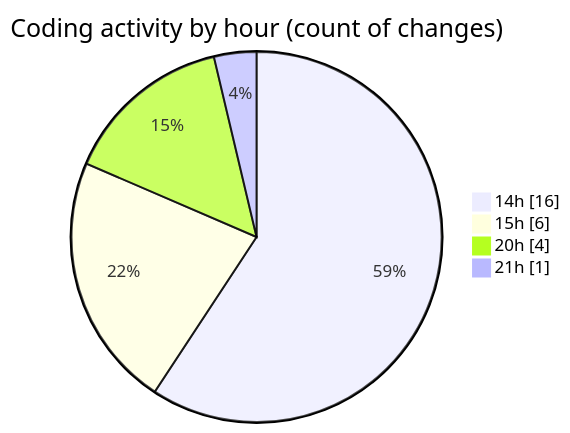
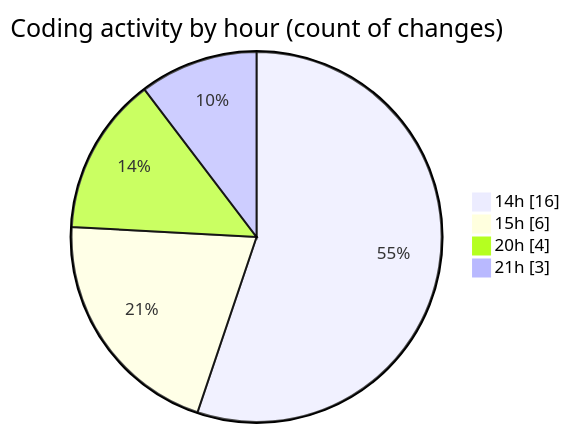
The second of 2 diagrams in 2026-09-18/video-downloader/README.md (momahboobian/code-tracking), drawn with Mermaid before and after one commit. The commit also changed other lines of this file and 1 other file, not shown here.

````diff
--- a/2026-09-18/video-downloader/README.md
+++ b/2026-09-18/video-downloader/README.md
@@ -34,8 +34,8 @@
 ```mermaid
 pie showData
 title Coding activity by hour (count of changes)
 "14h" : 16
 "15h" : 6
 "20h" : 4
-"21h" : 1
+"21h" : 3
 ```
````
